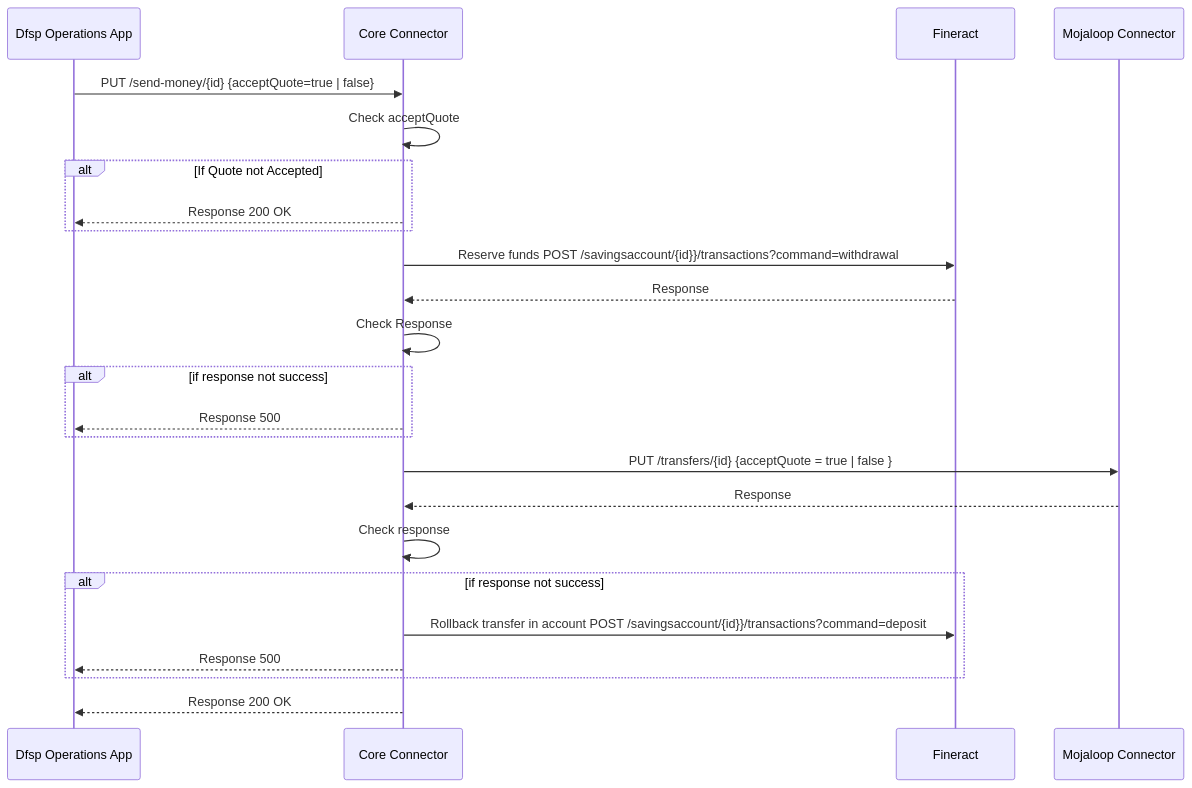
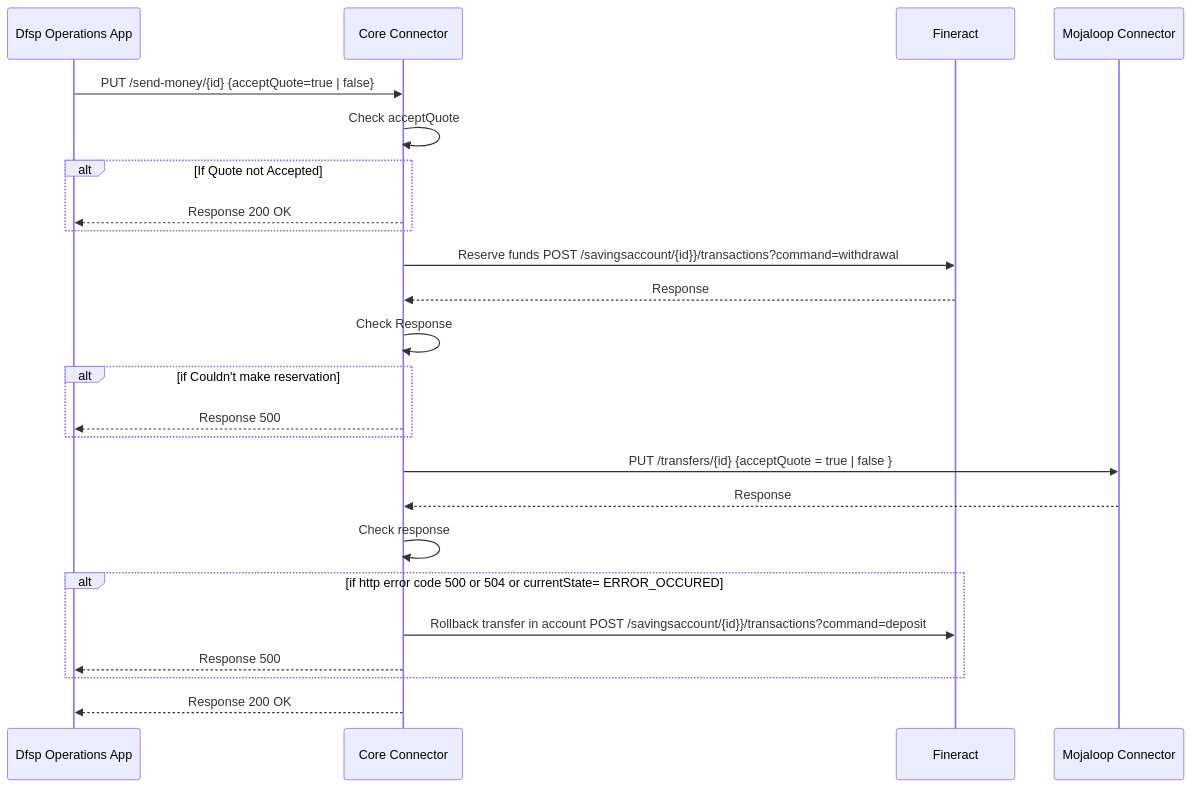
The diagram in docs/PayerSendMoneyRequestUpdate.md (mojaloop/mifos-core-connector-docs), drawn with Mermaid before and after one commit. The commit also changed 3 other files, not shown here.

Commit message:
chore: rename sdk to mojaloop connector and refine sequences

````diff
--- a/docs/PayerSendMoneyRequestUpdate.md
+++ b/docs/PayerSendMoneyRequestUpdate.md
@@ -5,23 +5,23 @@
 ```mermaid
 sequenceDiagram
     Dfsp Operations App ->> Core Connector: PUT /send-money/{id} {acceptQuote=true | false}
     Core Connector ->> Core Connector: Check acceptQuote 
     Alt If Quote not Accepted
     Core Connector -->> Dfsp Operations App: Response 200 OK
     End
     Core Connector->> Fineract: Reserve funds POST /savingsaccount/{id}}/transactions?command=withdrawal
     Fineract-->> Core Connector: Response
     Core Connector ->> Core Connector: Check Response 
-    Alt if response not success
-    Core Connector -->> Dfsp Operations App: Response 500
+    Alt if Couldn't make reservation
+    Core Connector -->> Dfsp Operations App: Response 500 
     End
     Core Connector ->> Mojaloop Connector: PUT /transfers/{id} {acceptQuote = true | false }
     Mojaloop Connector -->> Core Connector: Response 
     Core Connector ->> Core Connector: Check response
-    Alt if response not success
+    Alt if http error code 500 or 504 or currentState= ERROR_OCCURED
     Core Connector ->> Fineract: Rollback transfer in account POST /savingsaccount/{id}}/transactions?command=deposit
     Core Connector -->> Dfsp Operations App: Response 500 
     End
     Core Connector -->> Dfsp Operations App: Response 200 OK
     
 ```
````
